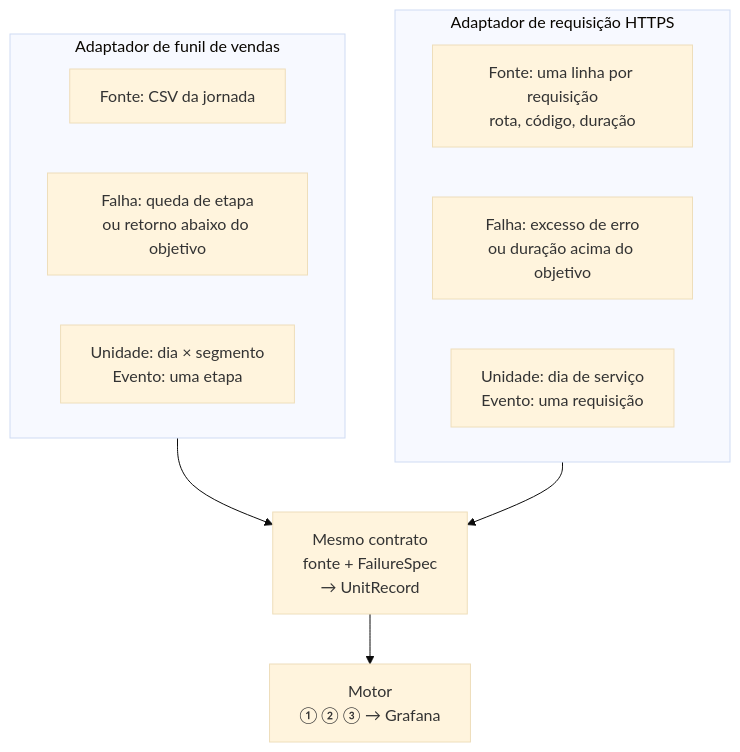
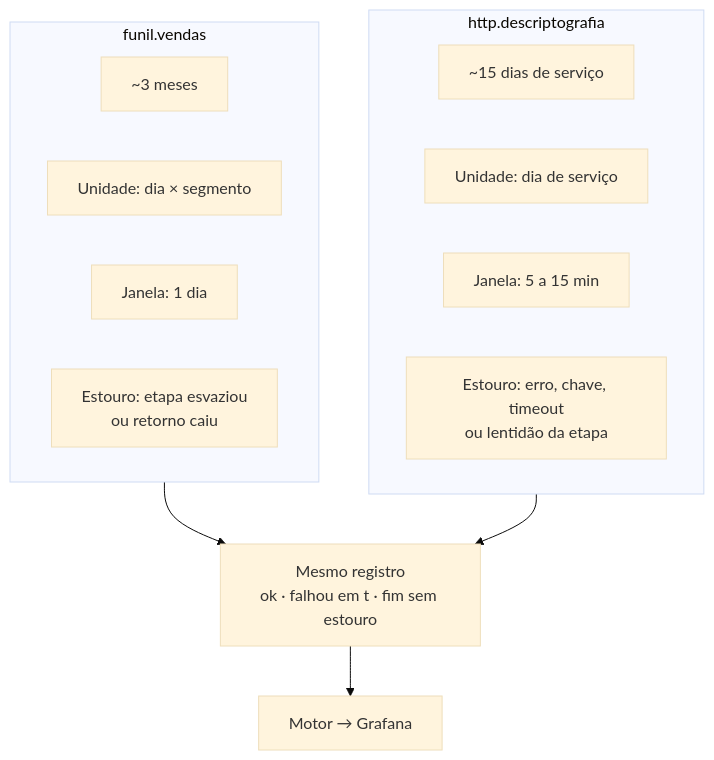
The second of 3 diagrams in docs/caixa-fechada-tp.md (FelippeVelosoMarinho/eee017-confiabilidade-http), drawn with Mermaid (base theme) before and after one commit. The commit also changed other lines of this file and 4 other files, not shown here.

````diff
--- a/docs/caixa-fechada-tp.md
+++ b/docs/caixa-fechada-tp.md
@@ -66,20 +67,22 @@
 ```mermaid
 flowchart TB
-  CTR["Mesmo contrato<br/>fonte + FailureSpec<br/>→ UnitRecord"]
+  CTR["Mesmo registro<br/>ok · falhou em t · fim sem estouro"]
 
-  subgraph Funil["Adaptador de funil de vendas"]
-    S1["Fonte: CSV da jornada"]
-    S2["Falha: queda de etapa<br/>ou retorno abaixo do objetivo"]
-    S3["Unidade: dia × segmento<br/>Evento: uma etapa"]
+  subgraph Funil["funil.vendas"]
+    S1["~3 meses"]
+    S2["Unidade: dia × segmento"]
+    S3["Janela: 1 dia"]
+    S4["Estouro: etapa esvaziou<br/>ou retorno caiu"]
   end
 
-  subgraph Http["Adaptador de requisição HTTPS"]
-    B1["Fonte: uma linha por requisição<br/>rota, código, duração"]
-    B2["Falha: excesso de erro<br/>ou duração acima do objetivo"]
-    B3["Unidade: dia de serviço<br/>Evento: uma requisição"]
+  subgraph Http["http.descriptografia"]
+    B1["~15 dias de serviço"]
+    B2["Unidade: dia de serviço"]
+    B3["Janela: 5 a 15 min"]
+    B4["Estouro: erro, chave, timeout<br/>ou lentidão da etapa"]
   end
 
   Funil --> CTR
   Http --> CTR
-  CTR --> MOTOR["Motor<br/>① ② ③ → Grafana"]
+  CTR --> MOTOR["Motor → Grafana"]
 ```
````
